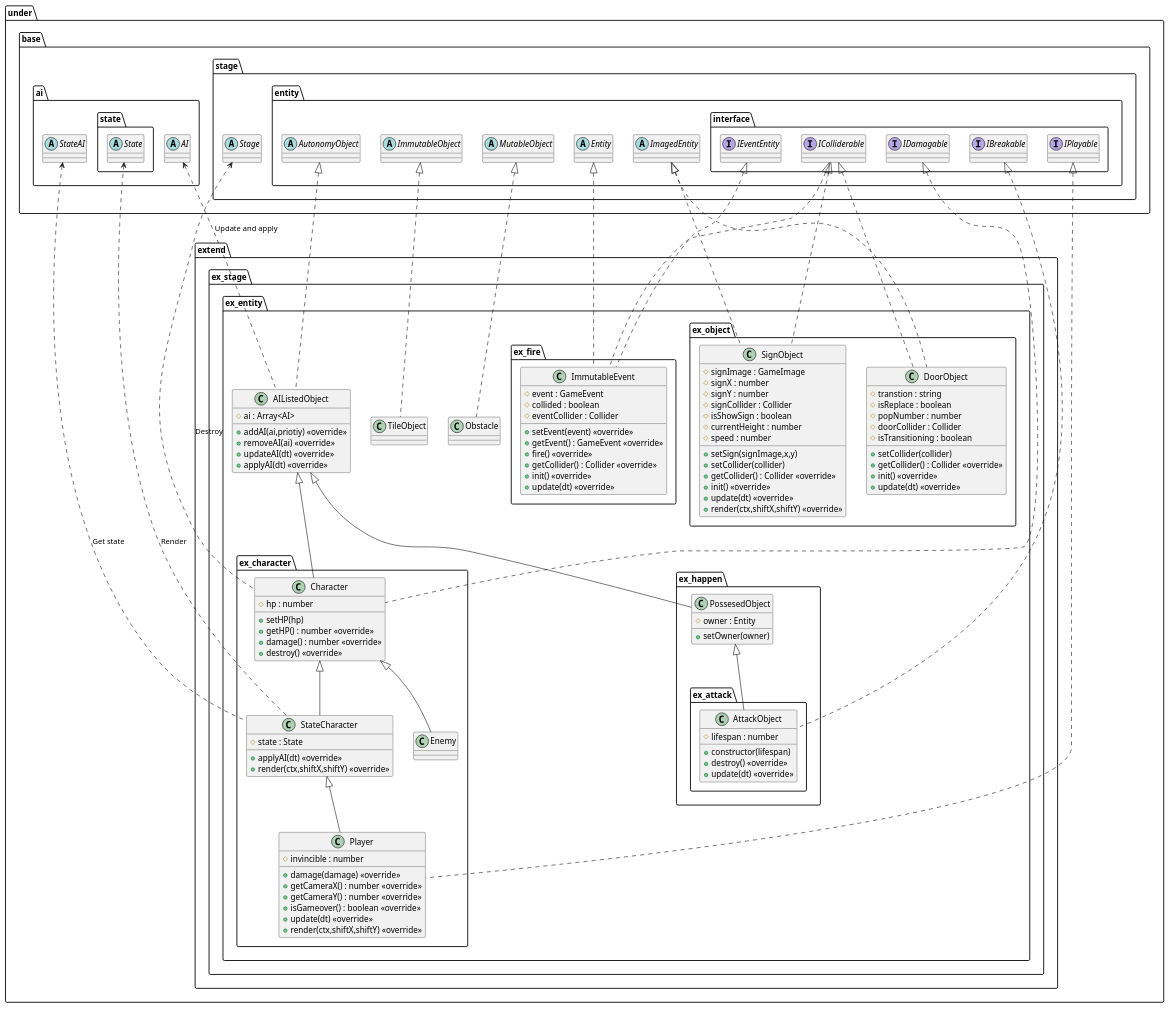
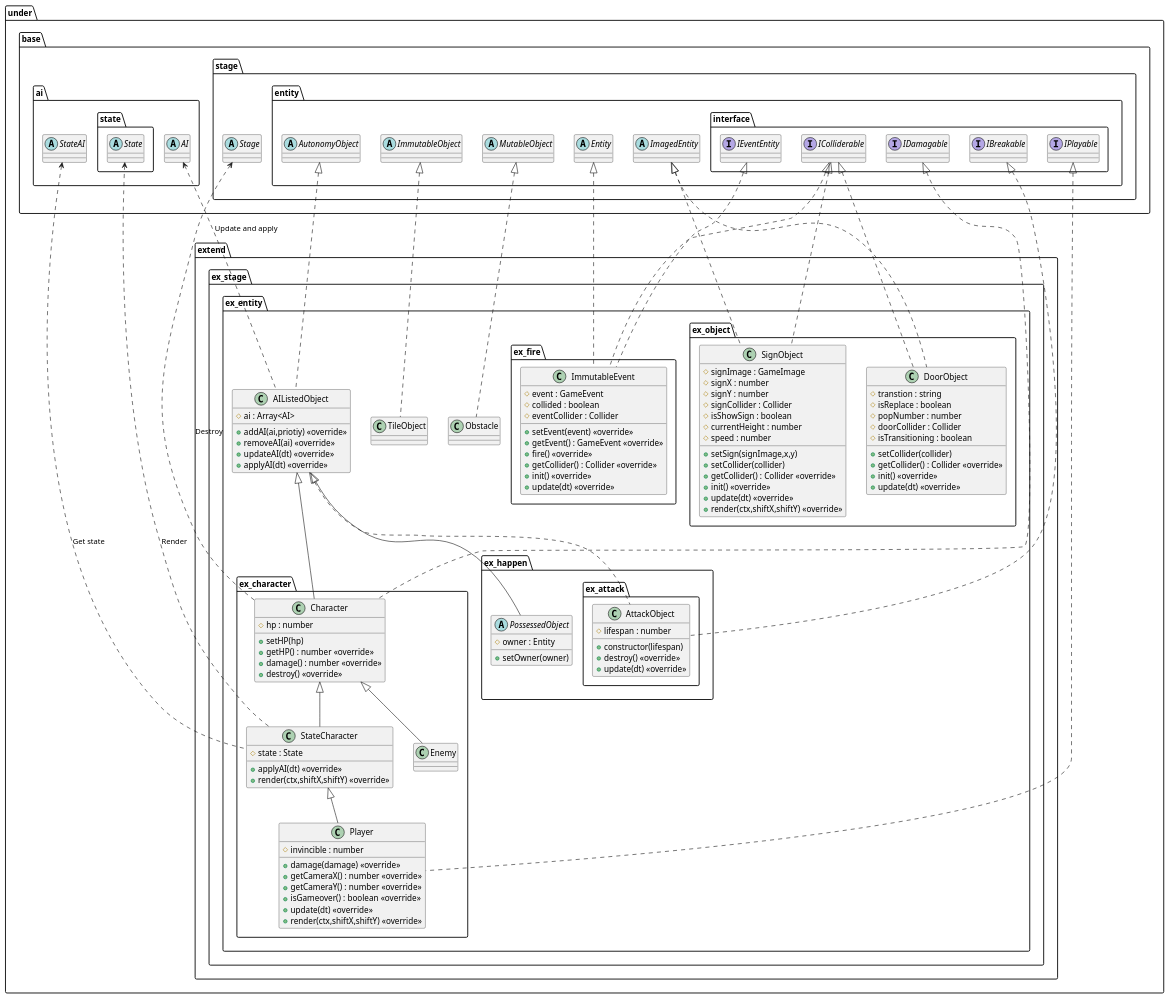
One commit to Expine/Under changed the diagram in uml/entity/Extend.wsd. Above: the diagram before and after it, drawn with PlantUML. The commit also changed 31 other files, not shown here.

```diff
--- a/uml/entity/Extend.wsd
+++ b/uml/entity/Extend.wsd
@@ -1,157 +1,157 @@
 @startuml EntityExtend
 package under {
     package extend {
         package ex_stage {
             package ex_entity {
                 class TileObject
                 class Obstacle
                 class AIListedObject {
                     #ai : Array<AI>
                     +addAI(ai,priotiy) <<override>>
                     +removeAI(ai) <<override>>
                     +updateAI(dt) <<override>>
                     +applyAI(dt) <<override>>
                 }
                 package ex_character {
                     class Character {
                         #hp : number
                         +setHP(hp)
                         +getHP() : number <<override>>
                         +damage() : number <<override>>
                         +destroy() <<override>>
                     }
                     class StateCharacter {
                         #state : State
                         +applyAI(dt) <<override>>
                         +render(ctx,shiftX,shiftY) <<override>>
                     }
                     class Enemy
                     class Player {
                         #invincible : number
                         +damage(damage) <<override>>
                         +getCameraX() : number <<override>>
                         +getCameraY() : number <<override>>
                         +isGameover() : boolean <<override>>
                         +update(dt) <<override>>
                         +render(ctx,shiftX,shiftY) <<override>>
                     }
                 }
                 package ex_fire {
                     class ImmutableEvent {
                         #event : GameEvent
                         #collided : boolean
                         #eventCollider : Collider
                         +setEvent(event) <<override>>
                         +getEvent() : GameEvent <<override>>
                         +fire() <<override>>
                         +getCollider() : Collider <<override>>
                         +init() <<override>>
                         +update(dt) <<override>>
                     }
                 }
                 package ex_happen {
                     package ex_attack {
                         class AttackObject {
                             +constructor(lifespan)
                             #lifespan : number
                             +destroy() <<override>>
                             +update(dt) <<override>>
                         }
                     }
-                    class PossesedObject {
+                    abstract PossessedObject {
                         #owner : Entity
                         +setOwner(owner)
                     }
                 }
                 package ex_object {
                     class DoorObject {
                         #transtion : string
                         #isReplace : boolean
                         #popNumber : number
                         #doorCollider : Collider
                         #isTransitioning : boolean
                         +setCollider(collider)
                         +getCollider() : Collider <<override>>
                         +init() <<override>>
                         +update(dt) <<override>>
                     }
                     class SignObject {
                         #signImage : GameImage
                         #signX : number
                         #signY : number
                         #signCollider : Collider
                         #isShowSign : boolean
                         #currentHeight : number
                         #speed : number
                         +setSign(signImage,x,y)
                         +setCollider(collider)
                         +getCollider() : Collider <<override>>
                         +init() <<override>>
                         +update(dt) <<override>>
                         +render(ctx,shiftX,shiftY) <<override>>
                     }
                 }
             }
         }
     }
 }
 
 package under {
     package base {
         package ai {
             abstract AI
             abstract StateAI
             package state {
                 abstract State
             }
         }
         package stage {
             abstract Stage
             package entity {
                 abstract Entity
                 abstract ImagedEntity
                 abstract ImmutableObject
                 abstract MutableObject
                 abstract AutonomyObject
                 package interface {
                     interface IDamagable
                     interface IBreakable
                     interface IPlayable
                     interface IEventEntity
                     interface IColliderable
                 }
             }
         }
     }
 }
 
 AI <.. AIListedObject : Update and apply
 Stage <.. Character : Destroy
 StateAI <.. StateCharacter : Get state
 State <.. StateCharacter : Render
 
 ImmutableObject <|.. TileObject
 MutableObject <|.. Obstacle
 AutonomyObject <|.. AIListedObject
 
 AIListedObject <|-- Character
 IDamagable <|.. Character
 Character <|-- StateCharacter
 StateCharacter <|-- Player
 IPlayable <|.. Player
 Character <|-- Enemy
 
 Entity <|.. ImmutableEvent
 IEventEntity <|.. ImmutableEvent
 IColliderable <|.. ImmutableEvent
 
-AIListedObject <|-- PossesedObject
-PossesedObject <|-- AttackObject
+AIListedObject <|-- PossessedObject
+AIListedObject <|.. AttackObject
 IBreakable <|.. AttackObject
 
 ImagedEntity <|.. DoorObject
 IColliderable <|.. DoorObject
 ImagedEntity <|.. SignObject
 IColliderable <|.. SignObject
 
 @enduml
```
